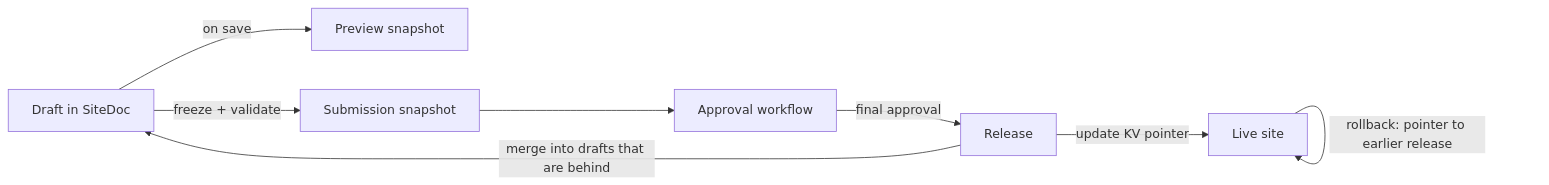
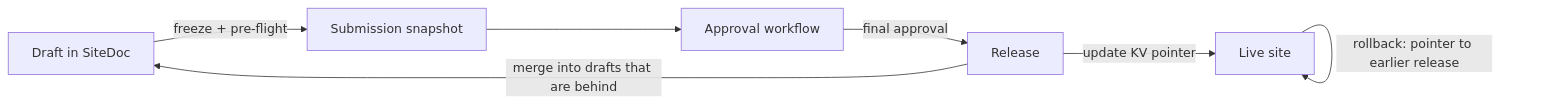
Before and after one commit to AdiRishi/pakshi: the second of 3 diagrams in docs/technical-design.mdx, drawn with Mermaid. The commit also changed other lines of this file and 3 other files, not shown here.

````diff
--- a/docs/technical-design.mdx
+++ b/docs/technical-design.mdx
@@ -265,10 +265,9 @@
 ```mermaid
 flowchart LR
-  D[Draft in SiteDoc] -->|on save| P[Preview snapshot]
-  D -->|freeze + validate| S[Submission snapshot]
+  D[Draft in SiteDoc] -->|freeze + pre-flight| S[Submission snapshot]
   S --> A[Approval workflow]
   A -->|final approval| R[Release]
   R -->|update KV pointer| L[Live site]
   L -->|rollback: pointer to earlier release| L
   R -->|merge into drafts that are behind| D
 ```
````
